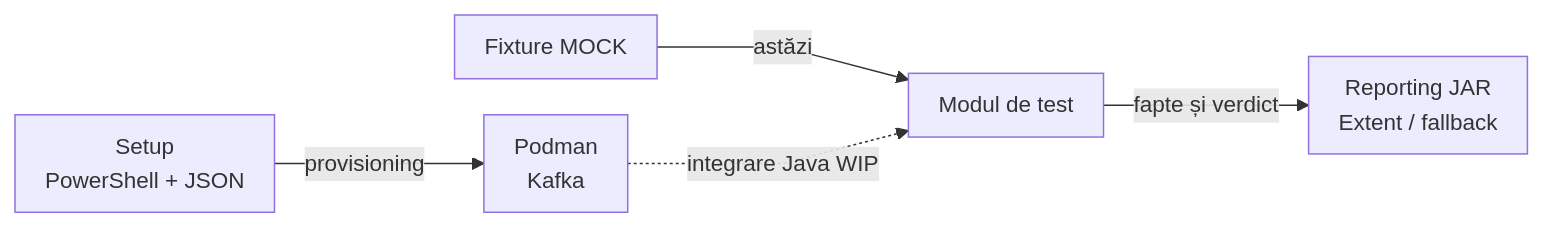
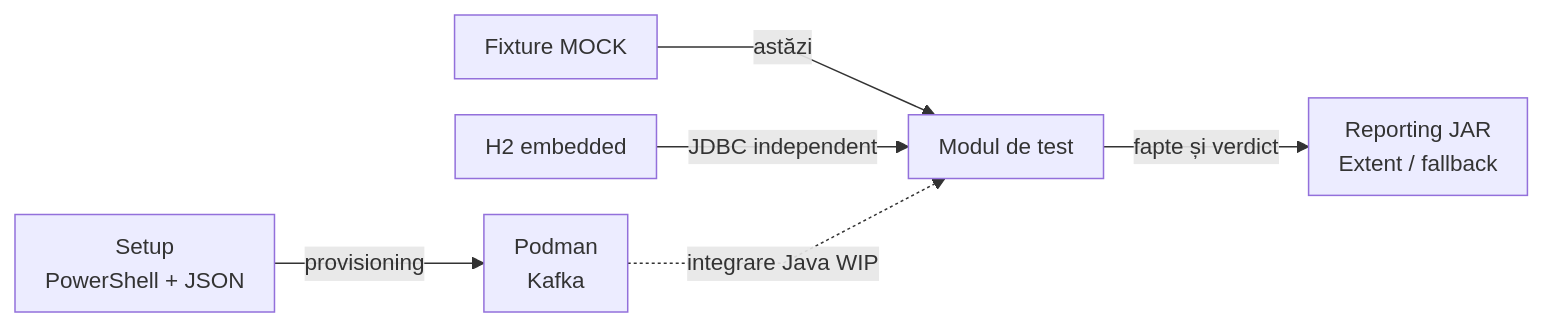
Before and after one commit to crististefanita/atf_j2: the diagram in docs/ATF_J2_Scope.md, drawn with Mermaid. The commit also changed other lines of this file and 76 other files, not shown here.

````diff
--- a/docs/ATF_J2_Scope.md
+++ b/docs/ATF_J2_Scope.md
@@ -50,8 +50,9 @@
 ```mermaid
 %%{init: {"themeVariables":{"fontSize":"15px"},"themeCSS":".nodeLabel, .nodeLabel p { font-size: 15px !important; line-height: 1.35 !important; } .edgeLabel, .edgeLabel p { font-size: 12px !important; font-weight: 400 !important; line-height: 1.2 !important; } .edgeLabel .labelBkg, .edgeLabel p { background: transparent !important; } .edgeLabel foreignObject { transform: translateY(-18px); overflow: visible; } .node rect { rx: 6px; ry: 6px; }","flowchart":{"curve":"linear","nodeSpacing":24,"rankSpacing":40,"padding":10,"diagramPadding":16}}}%%
 flowchart LR
     Setup["Setup<br/>PowerShell + JSON"] -->|provisioning| Podman["Podman<br/>Kafka"]
     Mock["Fixture MOCK"] -->|astăzi| Tests["Modul de test"]
+    SQL["H2 embedded"] -->|JDBC independent| Tests
     Podman -.->|integrare Java WIP| Tests
     Tests -->|fapte și verdict| Report["Reporting JAR<br/>Extent / fallback"]
 ```
````
